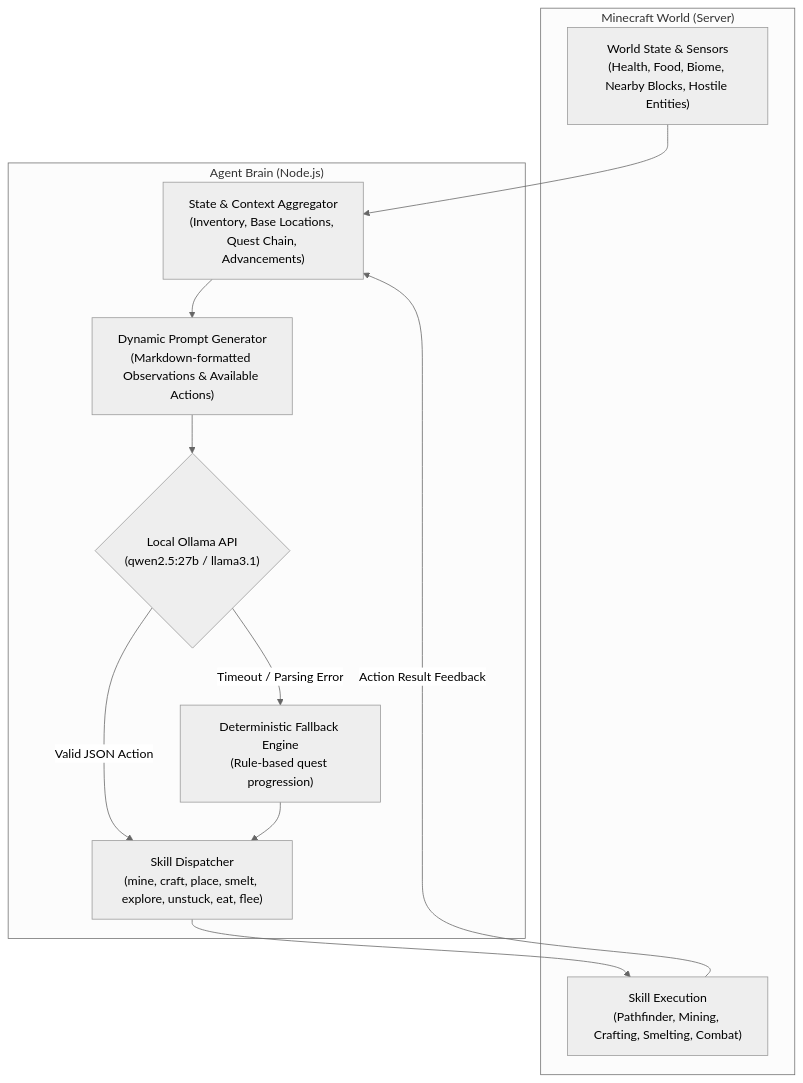
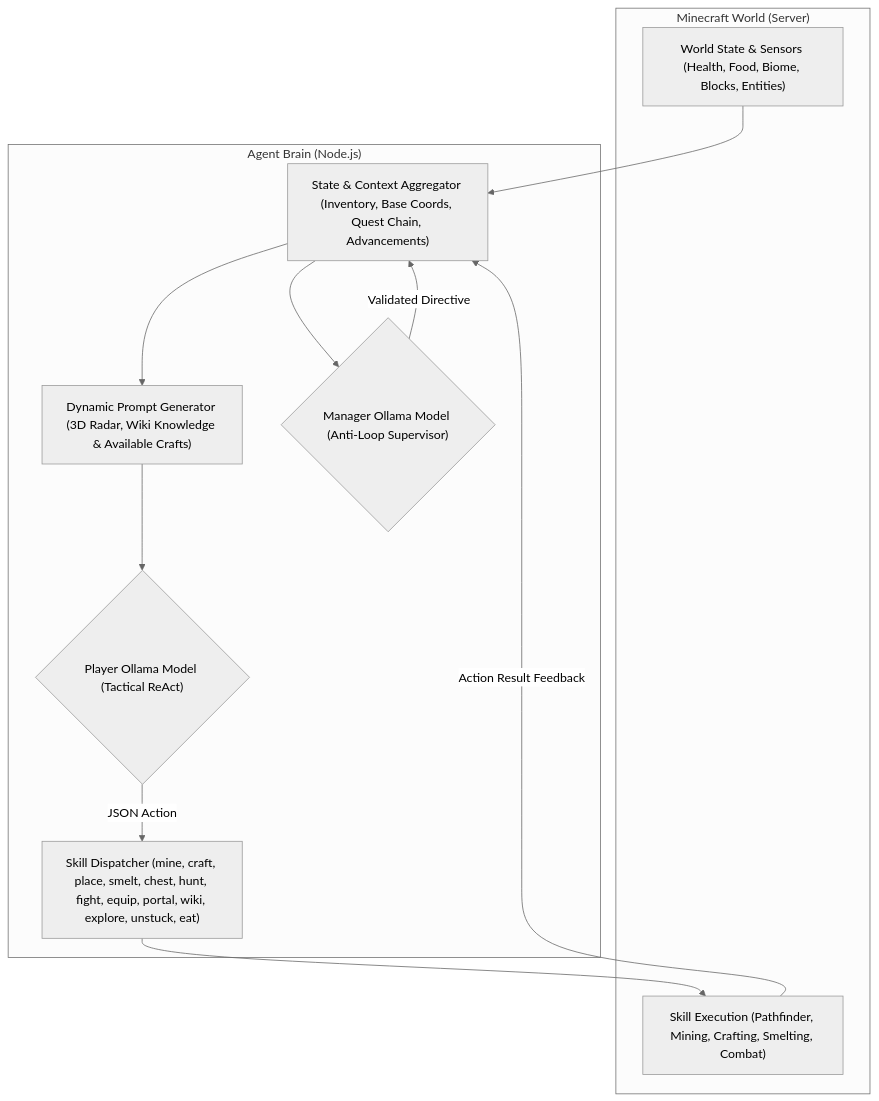
One commit to Gw3nhael51/ollaCraft changed the second of 2 diagrams in README.md. Above: the diagram before and after it, drawn with Mermaid (neutral theme). The commit also changed other lines of this file, not shown here.

Commit message:
docs(readme): fix mermaid diagrams syntax and sync skills documentation

````diff
--- a/README.md
+++ b/README.md
@@ -23,24 +35,24 @@
 ```mermaid
 flowchart TD
-    subgraph Minecraft ["Minecraft World (Server)"]
-        SENSORS["World State & Sensors<br/>(Health, Food, Biome, Nearby Blocks, Hostile Entities)"]
-        EXEC["Skill Execution<br/>(Pathfinder, Mining, Crafting, Smelting, Combat)"]
+    subgraph Minecraft["Minecraft World (Server)"]
+        SENSORS["World State & Sensors (Health, Food, Biome, Blocks, Entities)"]
+        EXEC["Skill Execution (Pathfinder, Mining, Crafting, Smelting, Combat)"]
     end
 
-    subgraph Core ["Agent Brain (Node.js)"]
-        CTX["State & Context Aggregator<br/>(Inventory, Base Locations, Quest Chain, Advancements)"]
-        PROMPT["Dynamic Prompt Generator<br/>(Markdown-formatted Observations & Available Actions)"]
-        LLM{"Local Ollama API<br/>(qwen2.5:27b / llama3.1)"}
-        FALLBACK["Deterministic Fallback Engine<br/>(Rule-based quest progression)"]
-        DISPATCH["Skill Dispatcher<br/>(mine, craft, place, smelt, explore, unstuck, eat, flee)"]
+    subgraph Core["Agent Brain (Node.js)"]
+        CTX["State & Context Aggregator (Inventory, Base Coords, Quest Chain, Advancements)"]
+        PROMPT["Dynamic Prompt Generator (3D Radar, Wiki Knowledge & Available Crafts)"]
+        LLM{"Player Ollama Model (Tactical ReAct)"}
+        MANAGER{"Manager Ollama Model (Anti-Loop Supervisor)"}
+        DISPATCH["Skill Dispatcher (mine, craft, place, smelt, chest, hunt, fight, equip, portal, wiki, explore, unstuck, eat)"]
     end
 
     SENSORS --> CTX
     CTX --> PROMPT
     PROMPT --> LLM
-    LLM -- "Valid JSON Action" --> DISPATCH
-    LLM -- "Timeout / Parsing Error" --> FALLBACK
-    FALLBACK --> DISPATCH
+    LLM -->|JSON Action| DISPATCH
     DISPATCH --> EXEC
-    EXEC -- "Action Result Feedback" --> CTX
+    EXEC -->|Action Result Feedback| CTX
+    CTX --> MANAGER
+    MANAGER -->|Validated Directive| CTX
 ```
````
